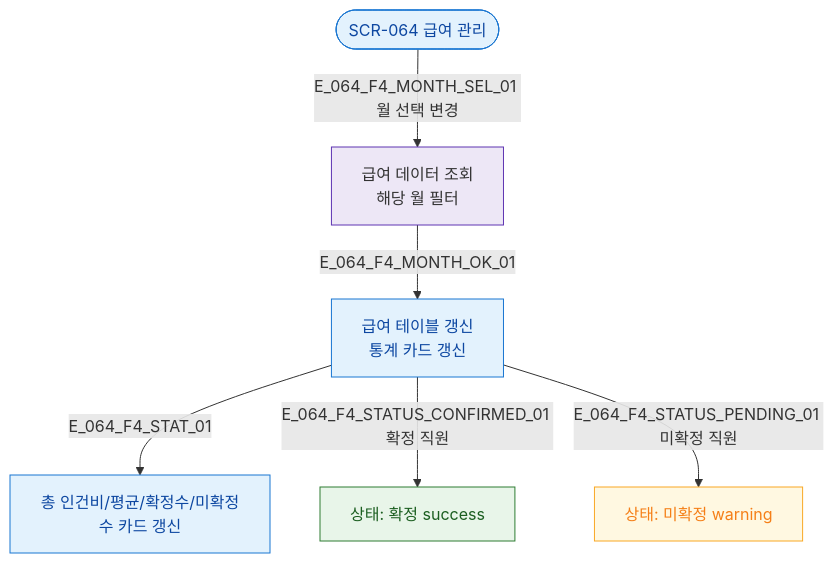
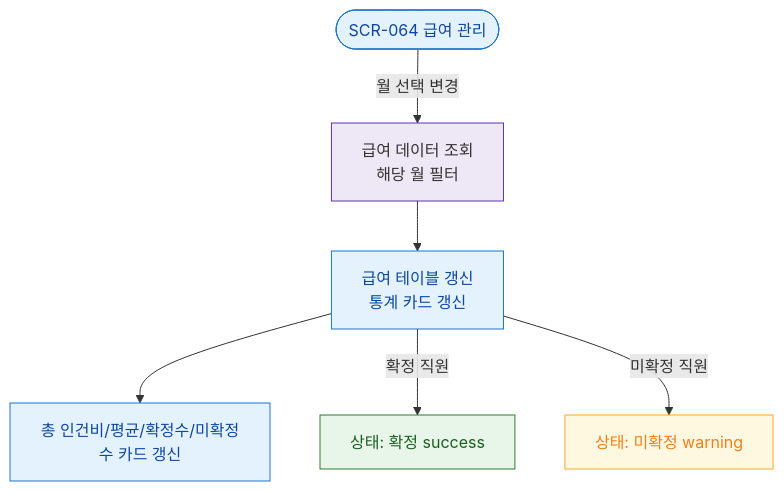
Before and after one commit to dev-spogym/admin-pando: the diagram in docs/다이어그램/D07_직원관리/SCR-064_급여관리/F4_필터검색정렬.md, drawn with Mermaid. The commit also changed other lines of this file and 1660 other files, not shown here.

First line of the commit message:
다이어그램: 기획자/클라이언트 납품본으로 정리

````diff
--- a/docs/다이어그램/D07_직원관리/SCR-064_급여관리/F4_필터검색정렬.md
+++ b/docs/다이어그램/D07_직원관리/SCR-064_급여관리/F4_필터검색정렬.md
@@ -14,23 +12,23 @@
 ```mermaid
 flowchart TD
   SCR_064([SCR-064 급여 관리])
 
-  SCR_064 -->|E_064_F4_MONTH_SEL_01 월 선택 변경| MONTH_QUERY[급여 데이터 조회\n해당 월 필터]
-  MONTH_QUERY -->|E_064_F4_MONTH_OK_01| TABLE[급여 테이블 갱신\n통계 카드 갱신]
+  SCR_064 -->|월 선택 변경|MONTH_QUERY[급여 데이터 조회\n해당 월 필터]
+  MONTH_QUERY --> TABLE[급여 테이블 갱신\n통계 카드 갱신]
 
-  TABLE -->|E_064_F4_STAT_01| STAT[총 인건비/평균/확정수/미확정수 카드 갱신]
+  TABLE --> STAT[총 인건비/평균/확정수/미확정수 카드 갱신]
 
-  TABLE -->|E_064_F4_STATUS_CONFIRMED_01 확정 직원| STATUS_CONFIRMED[상태: 확정 success]
-  TABLE -->|E_064_F4_STATUS_PENDING_01 미확정 직원| STATUS_PENDING[상태: 미확정 warning]
+  TABLE -->|확정 직원|STATUS_CONFIRMED[상태: 확정 success]
+  TABLE -->|미확정 직원|STATUS_PENDING[상태: 미확정 warning]
 
-  classDef screen  fill:#E3F2FD,stroke:#1976D2,color:#0D47A1
+  classDef screen fill:#E3F2FD,stroke:#1976D2,color:#0D47A1
   classDef success fill:#E8F5E9,stroke:#2E7D32,color:#1B5E20
   classDef warning fill:#FFF8E1,stroke:#F9A825,color:#F57F17
-  classDef system  fill:#EDE7F6,stroke:#5E35B2
+  classDef system fill:#EDE7F6,stroke:#5E35B2
 
   class SCR_064 screen
   class MONTH_QUERY system
   class TABLE,STAT screen
   class STATUS_CONFIRMED success
   class STATUS_PENDING warning
 ```
````
